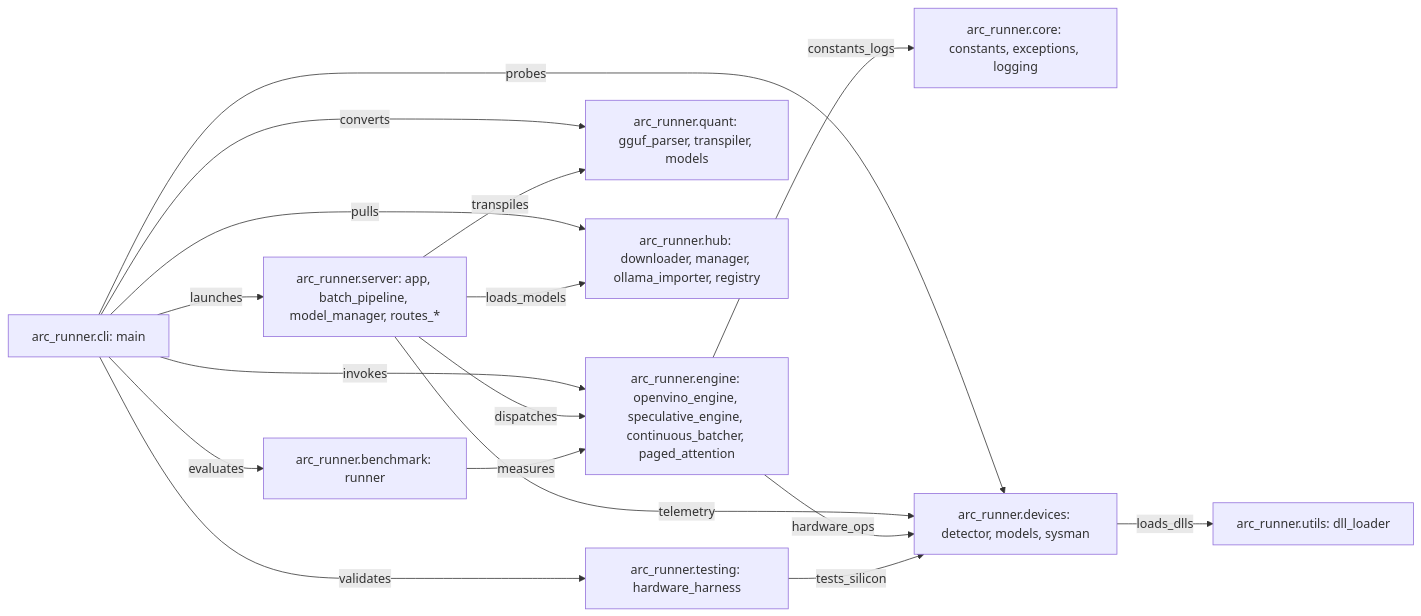
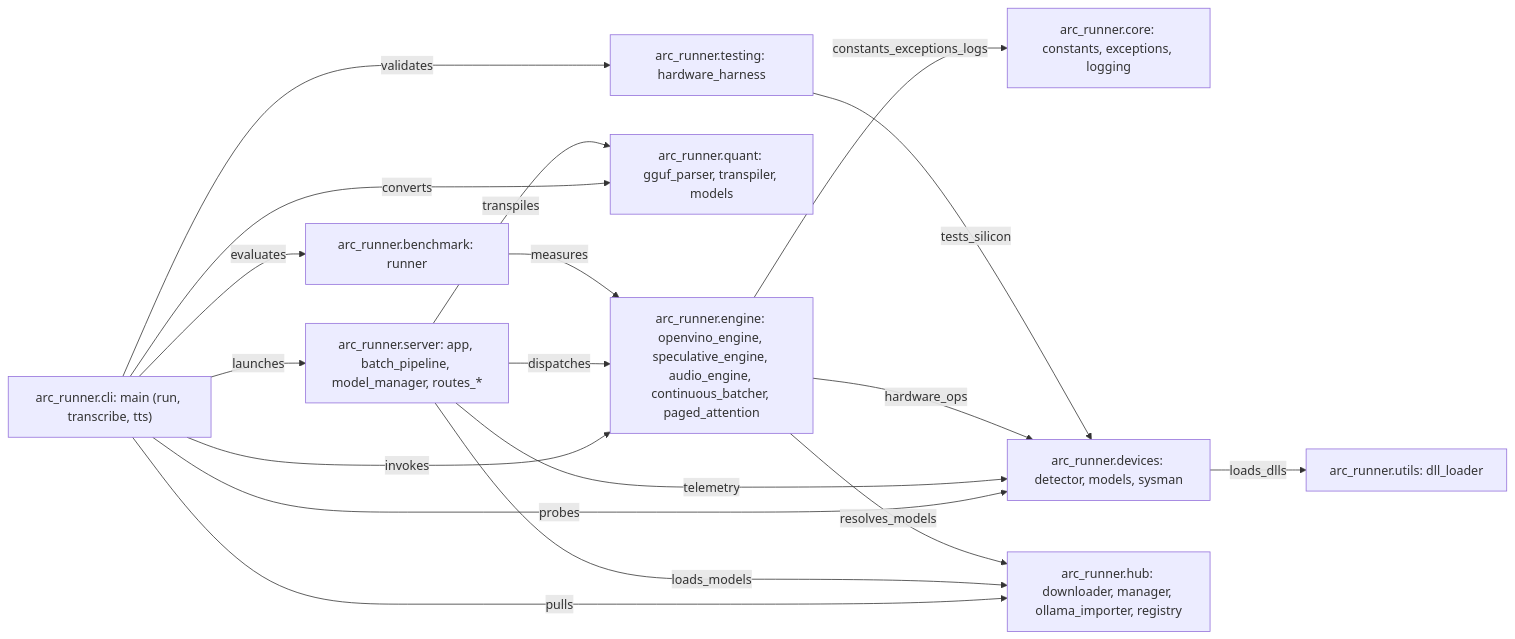
Before and after one commit to techdeveloper-org/intel-arc-models-runner: the first of 13 diagrams in docs/diagrams/README.md, drawn with Mermaid. The commit also changed other lines of this file and 26 other files, not shown here.

First line of the commit message:
feat(diagrams): synchronize full 13-diagram architecture suite with audio engine (fixes #26)

````diff
--- a/docs/diagrams/README.md
+++ b/docs/diagrams/README.md
@@ -35,29 +35,31 @@
 ```mermaid
 flowchart LR
     arc_runner_core["arc_runner.core: constants, exceptions, logging"]
     arc_runner_devices["arc_runner.devices: detector, models, sysman"]
-    arc_runner_engine["arc_runner.engine: openvino_engine, speculative_engine, continuous_batcher, paged_attention"]
+    arc_runner_engine["arc_runner.engine: openvino_engine, speculative_engine, audio_engine, continuous_batcher, paged_attention"]
     arc_runner_quant["arc_runner.quant: gguf_parser, transpiler, models"]
     arc_runner_hub["arc_runner.hub: downloader, manager, ollama_importer, registry"]
     arc_runner_server["arc_runner.server: app, batch_pipeline, model_manager, routes_*"]
-    arc_runner_cli["arc_runner.cli: main"]
+    arc_runner_cli["arc_runner.cli: main (run, transcribe, tts)"]
     arc_runner_benchmark["arc_runner.benchmark: runner"]
     arc_runner_testing["arc_runner.testing: hardware_harness"]
     arc_runner_utils["arc_runner.utils: dll_loader"]
+
     arc_runner_cli -->|launches| arc_runner_server
     arc_runner_cli -->|invokes| arc_runner_engine
     arc_runner_cli -->|probes| arc_runner_devices
     arc_runner_cli -->|pulls| arc_runner_hub
     arc_runner_cli -->|converts| arc_runner_quant
     arc_runner_cli -->|evaluates| arc_runner_benchmark
     arc_runner_cli -->|validates| arc_runner_testing
     arc_runner_server -->|dispatches| arc_runner_engine
     arc_runner_server -->|telemetry| arc_runner_devices
     arc_runner_server -->|loads_models| arc_runner_hub
     arc_runner_server -->|transpiles| arc_runner_quant
     arc_runner_engine -->|hardware_ops| arc_runner_devices
-    arc_runner_engine -->|constants_logs| arc_runner_core
+    arc_runner_engine -->|constants_exceptions_logs| arc_runner_core
+    arc_runner_engine -->|resolves_models| arc_runner_hub
     arc_runner_devices -->|loads_dlls| arc_runner_utils
     arc_runner_benchmark -->|measures| arc_runner_engine
     arc_runner_testing -->|tests_silicon| arc_runner_devices
 ```
````
